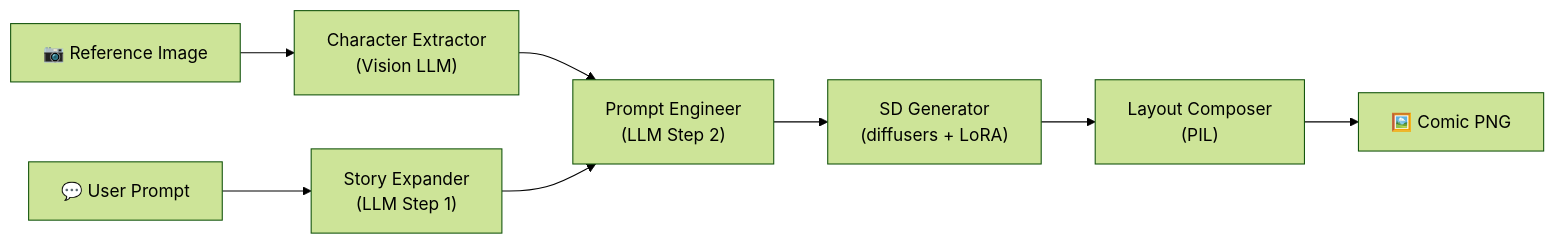
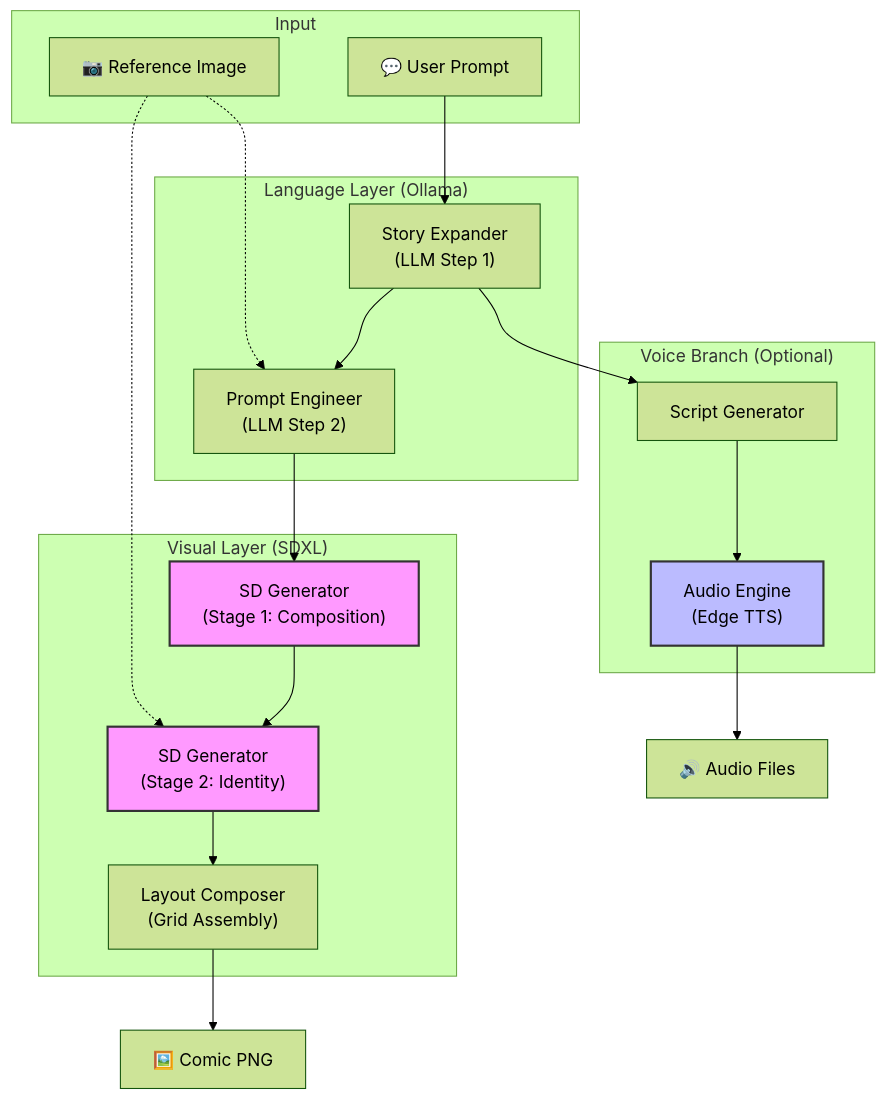
Before and after one commit to lpy888999/sd-manga-gen: the diagram in README.md, drawn with Mermaid (forest theme). The commit also changed other lines of this file and 1 other file, not shown here.

Commit message:
docs: overhaul README with two-stage pipeline, TTS, and showcase image

````diff
--- a/README.md
+++ b/README.md
@@ -7,10 +10,42 @@
 ```mermaid
-flowchart LR
-    A["📷 Reference Image"] --> B["Character Extractor\n(Vision LLM)"]
-    C["💬 User Prompt"] --> D["Story Expander\n(LLM Step 1)"]
-    B --> E["Prompt Engineer\n(LLM Step 2)"]
+flowchart TD
+    subgraph Input
+        A["📷 Reference Image"]
+        B["💬 User Prompt"]
+    end
+
+    subgraph "Language Layer (Ollama)"
+        C["Story Expander\n(LLM Step 1)"]
+        D["Prompt Engineer\n(LLM Step 2)"]
+    end
+
+    subgraph "Visual Layer (SDXL)"
+        E["SD Generator\n(Stage 1: Composition)"]
+        F["SD Generator\n(Stage 2: Identity)"]
+        G["Layout Composer\n(Grid Assembly)"]
+    end
+
+    subgraph "Voice Branch (Optional)"
+        H["Script Generator"]
+        I["Audio Engine\n(Edge TTS)"]
+    end
+
+    B --> C
+    C --> D
     D --> E
-    E --> F["SD Generator\n(diffusers + LoRA)"]
-    F --> G["Layout Composer\n(PIL)"]
-    G --> H["🖼️ Comic PNG"]
+    E --> F
+    F --> G
+    
+    C --> H
+    H --> I
+    
+    A -.-> D
+    A -.-> F
+    
+    G --> K["🖼️ Comic PNG"]
+    I --> L["🔊 Audio Files"]
+
+    style E fill:#f9f,stroke:#333,stroke-width:2px
+    style F fill:#f9f,stroke:#333,stroke-width:2px
+    style I fill:#bbf,stroke:#333,stroke-width:2px
 ```
````
